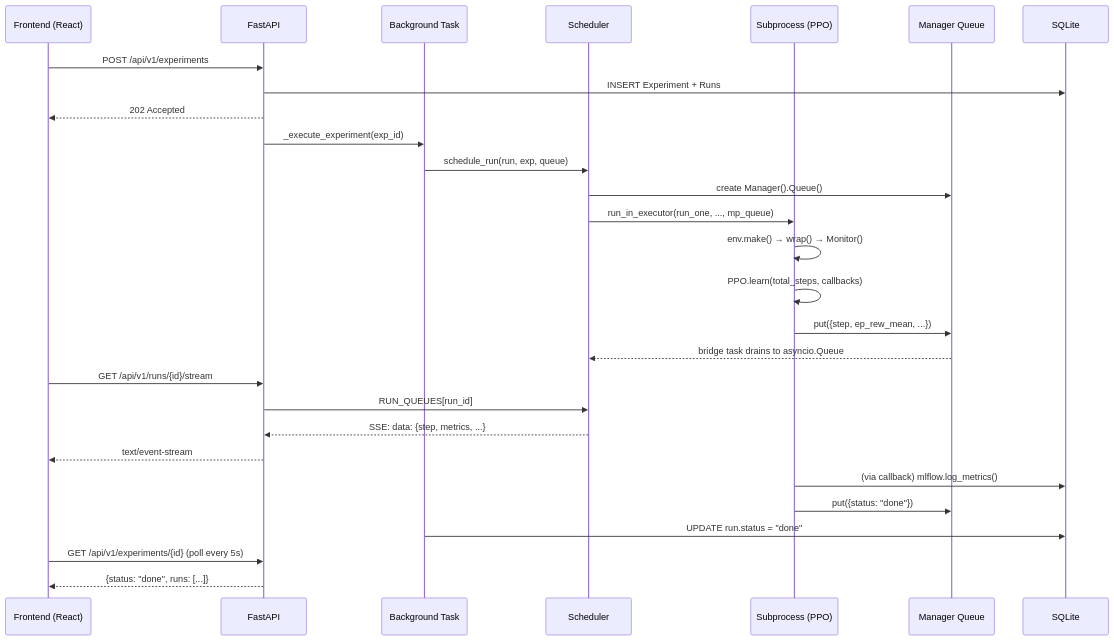
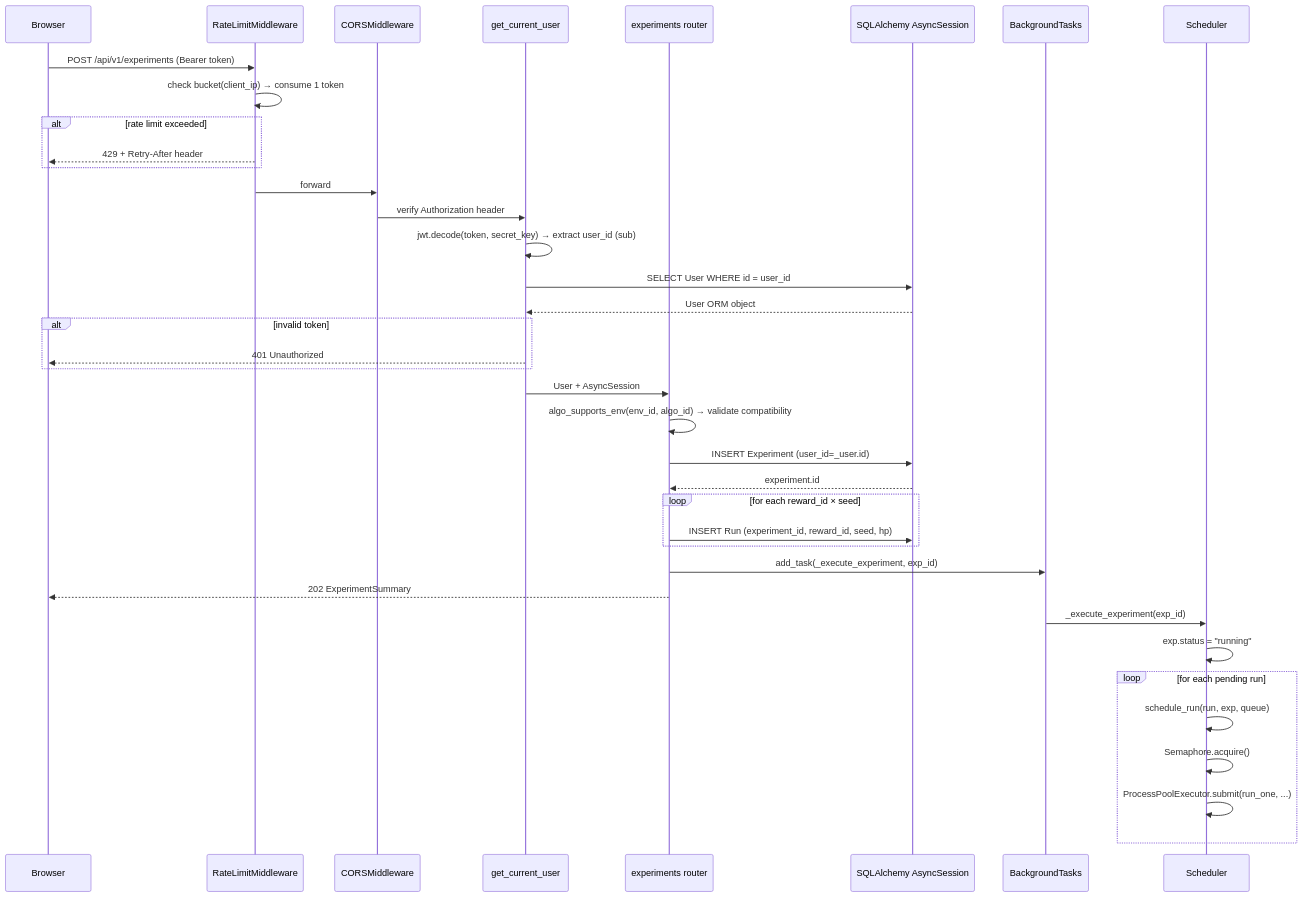
Before and after one commit to Sher-ryKarl/RL-Reward-Lab: the second of 5 diagrams in docs/architecture.md, drawn with Mermaid. The commit also changed other lines of this file and 3 other files, not shown here.

First line of the commit message:
docs: add architecture, backend, and frontend developer guides with Mermaid diagrams

````diff
--- a/docs/architecture.md
+++ b/docs/architecture.md
@@ -53,34 +117,42 @@
 ```mermaid
 sequenceDiagram
-    participant FE as Frontend (React)
-    participant API as FastAPI
-    participant BG as Background Task
-    participant SCH as Scheduler
-    participant SP as Subprocess (PPO)
-    participant Q as Manager Queue
-    participant DB as SQLite
+    participant B as Browser
+    participant RLM as RateLimitMiddleware
+    participant CORS as CORSMiddleware
+    participant Auth as get_current_user
+    participant R as experiments router
+    participant DB as SQLAlchemy AsyncSession
+    participant BT as BackgroundTasks
+    participant S as Scheduler
 
-    FE->>API: POST /api/v1/experiments
-    API->>DB: INSERT Experiment + Runs
-    API-->>FE: 202 Accepted
-    API->>BG: _execute_experiment(exp_id)
+    B->>RLM: POST /api/v1/experiments (Bearer token)
+    RLM->>RLM: check bucket(client_ip) → consume 1 token
+    alt rate limit exceeded
+        RLM-->>B: 429 + Retry-After header
+    end
+    RLM->>CORS: forward
+    CORS->>Auth: verify Authorization header
+    Auth->>Auth: jwt.decode(token, secret_key) → extract user_id (sub)
+    Auth->>DB: SELECT User WHERE id = user_id
+    DB-->>Auth: User ORM object
+    alt invalid token
+        Auth-->>B: 401 Unauthorized
+    end
+    Auth->>R: User + AsyncSession
+    R->>R: algo_supports_env(env_id, algo_id) → validate compatibility
+    R->>DB: INSERT Experiment (user_id=_user.id)
+    DB-->>R: experiment.id
+    loop for each reward_id × seed
+        R->>DB: INSERT Run (experiment_id, reward_id, seed, hp)
+    end
+    R->>BT: add_task(_execute_experiment, exp_id)
+    R-->>B: 202 ExperimentSummary
 
-    BG->>SCH: schedule_run(run, exp, queue)
-    SCH->>Q: create Manager().Queue()
-    SCH->>SP: run_in_executor(run_one, ..., mp_queue)
-    SP->>SP: env.make() → wrap() → Monitor()
-    SP->>SP: PPO.learn(total_steps, callbacks)
-    SP->>Q: put({step, ep_rew_mean, ...})
-    Q-->>SCH: bridge task drains to asyncio.Queue
-
-    FE->>API: GET /api/v1/runs/{id}/stream
-    API->>SCH: RUN_QUEUES[run_id]
-    SCH-->>API: SSE: data: {step, metrics, ...}
-    API-->>FE: text/event-stream
-
-    SP->>DB: (via callback) mlflow.log_metrics()
-    SP->>Q: put({status: "done"})
-    BG->>DB: UPDATE run.status = "done"
-    FE->>API: GET /api/v1/experiments/{id} (poll every 5s)
-    API-->>FE: {status: "done", runs: [...]}
+    BT->>S: _execute_experiment(exp_id)
+    S->>S: exp.status = "running"
+    loop for each pending run
+        S->>S: schedule_run(run, exp, queue)
+        S->>S: Semaphore.acquire()
+        S->>S: ProcessPoolExecutor.submit(run_one, ...)
+    end
 ```
````
